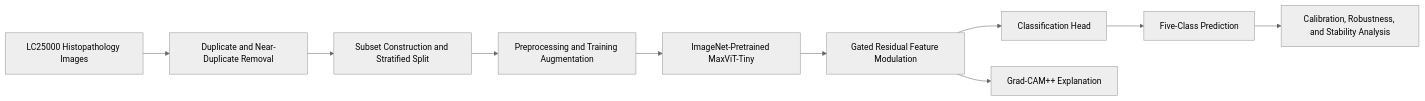
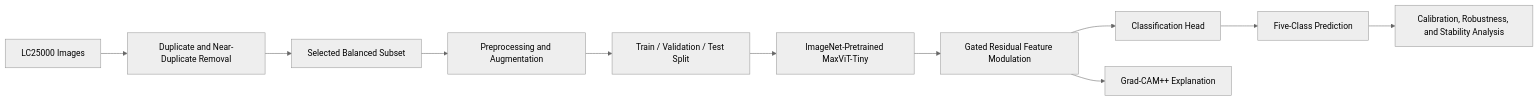
Before and after one commit to Ashikuzzaman026/Histopathology-Classification: the diagram in README.md, drawn with Mermaid (neutral theme). The commit also changed other lines of this file, not shown here.

Commit message:
Align Histopathology README with the renal research repository style

````diff
--- a/README.md
+++ b/README.md
@@ -100,12 +98,13 @@
 ```mermaid
 flowchart LR
-    A["LC25000 Histopathology Images"] --> B["Duplicate and Near-Duplicate Removal"]
-    B --> C["Subset Construction and Stratified Split"]
-    C --> D["Preprocessing and Training Augmentation"]
-    D --> E["ImageNet-Pretrained MaxViT-Tiny"]
-    E --> F["Gated Residual Feature Modulation"]
-    F --> G["Classification Head"]
-    G --> H["Five-Class Prediction"]
-    F --> I["Grad-CAM++ Explanation"]
-    H --> J["Calibration, Robustness, and Stability Analysis"]
+    A["LC25000 Images"] --> B["Duplicate and Near-Duplicate Removal"]
+    B --> C["Selected Balanced Subset"]
+    C --> D["Preprocessing and Augmentation"]
+    D --> E["Train / Validation / Test Split"]
+    E --> F["ImageNet-Pretrained MaxViT-Tiny"]
+    F --> G["Gated Residual Feature Modulation"]
+    G --> H["Classification Head"]
+    H --> I["Five-Class Prediction"]
+    G --> J["Grad-CAM++ Explanation"]
+    I --> K["Calibration, Robustness, and Stability Analysis"]
 ```
````
